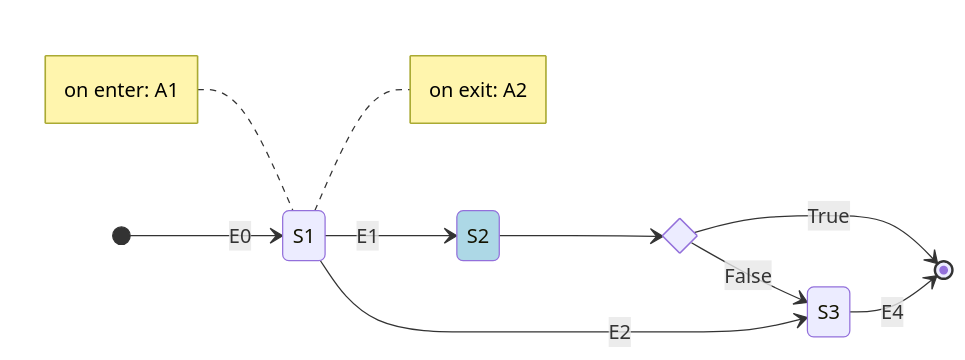
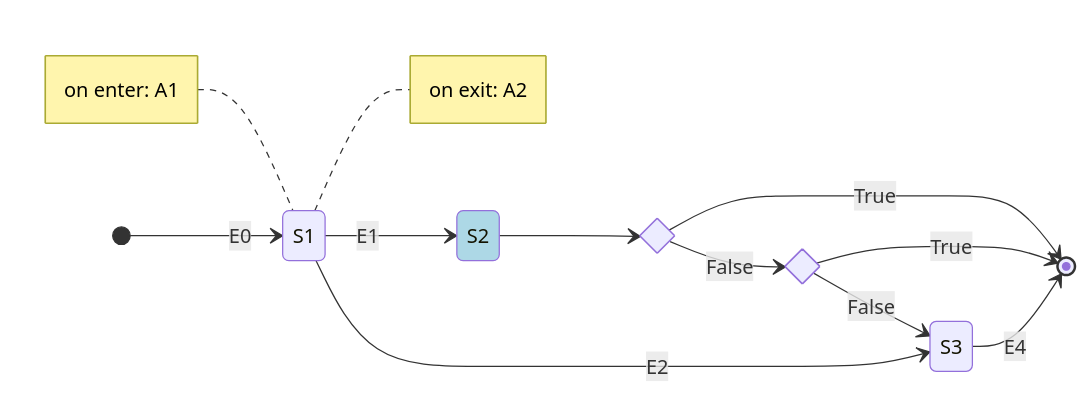
The diagram in README.md (enmala-modyo/state-machine-test), drawn with Mermaid before and after one commit. The commit also changed other lines of this file, not shown here.

Commit message:
docs: Update diagram

````diff
--- a/README.md
+++ b/README.md
@@ -27,24 +27,27 @@
 ```mermaid
 ---
 Máquina de Estados
 ---
 stateDiagram-v2
-  direction LR
-  classDef pseudo fill:lightblue
-  state if_state <<choice>>
-  S1
-  note left of S1
-    on enter: A1
-  end note
-  note right of S1
-    on exit: A2
-  end note
+    direction LR
+    classDef pseudo fill:lightblue
+    state if_state1 <<choice>>
+    state if_state2 <<choice>>
+    S1
+    note left of S1
+        on enter: A1
+    end note
+    note right of S1
+        on exit: A2
+    end note
     [*] --> S1 : E0
     S1 --> S2 : E1
     S1 --> S3 : E2
-    S2 --> if_state
-    if_state --> [*] : True
-    if_state --> S3 : False
+    S2 --> if_state1
+    if_state1 --> [*] : True
+    if_state1 --> if_state2 : False
+    if_state2 --> [*] : True
+    if_state2 --> S3 : False
     S3 --> [*] : E4
     class S2 pseudo
 ```
````
